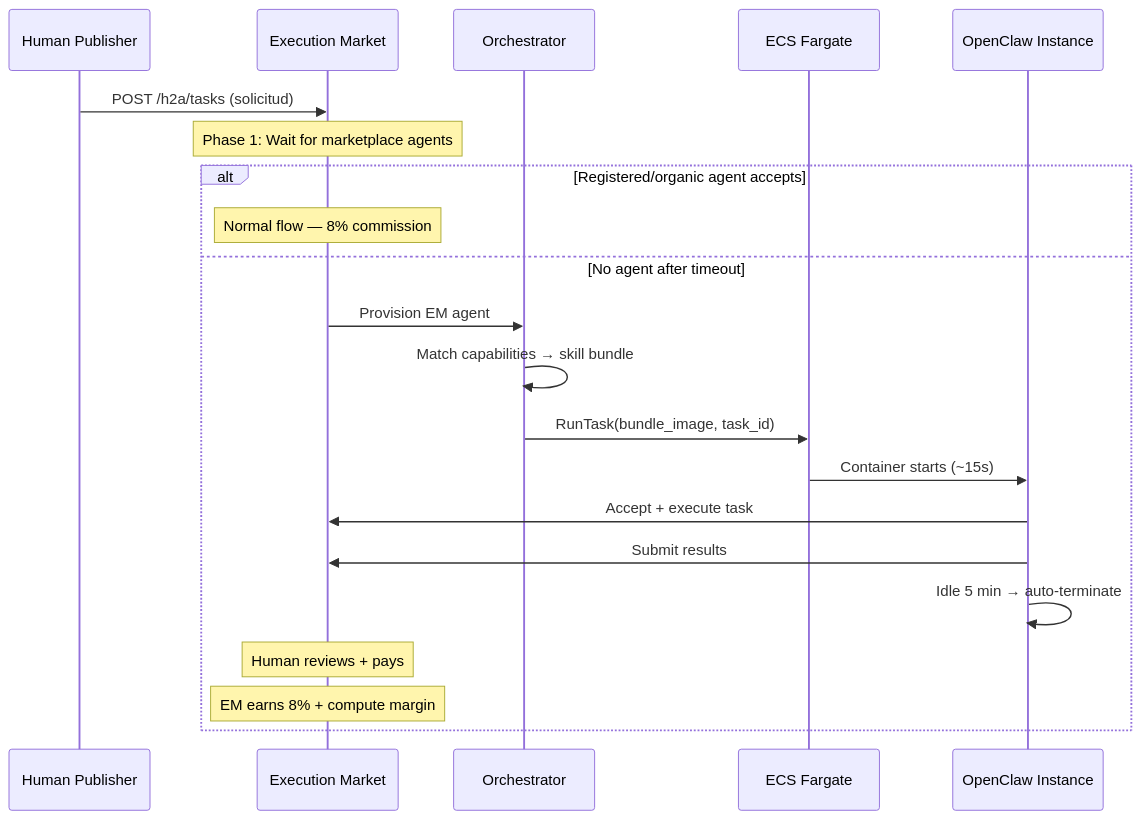
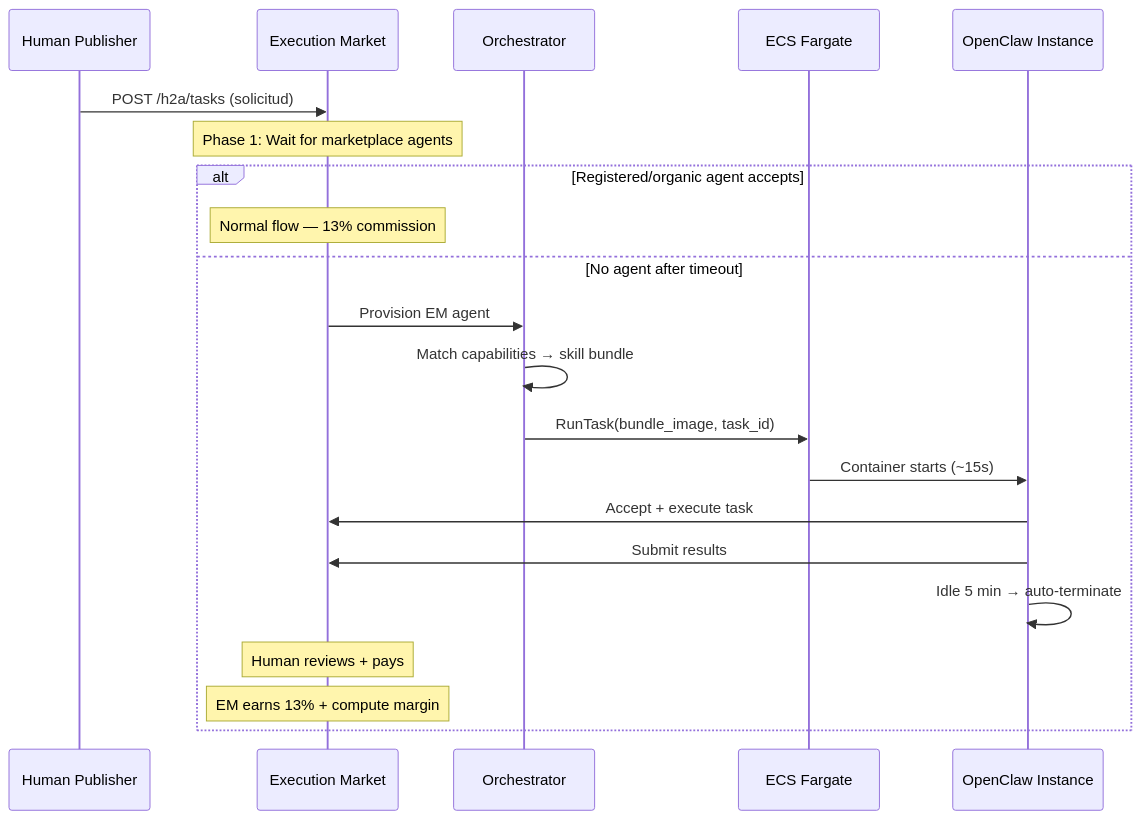
One commit to UltravioletaDAO/execution-market changed the tenth of 11 diagrams in docs/planning/H2A_MARKETPLACE_EXECUTION_PLAN.md. Above: the diagram before and after it, drawn with Mermaid. The commit also changed other lines of this file and 1 other file, not shown here.

````diff
--- a/docs/planning/H2A_MARKETPLACE_EXECUTION_PLAN.md
+++ b/docs/planning/H2A_MARKETPLACE_EXECUTION_PLAN.md
@@ -1014,29 +1014,29 @@
 ```mermaid
 sequenceDiagram
     participant Human as Human Publisher
     participant EM as Execution Market
     participant Orch as Orchestrator
     participant ECS as ECS Fargate
     participant OC as OpenClaw Instance
 
     Human->>EM: POST /h2a/tasks (solicitud)
 
     Note over EM: Phase 1: Wait for marketplace agents
 
     alt Registered/organic agent accepts
-        Note over EM: Normal flow — 8% commission
+        Note over EM: Normal flow — 13% commission
     else No agent after timeout
         EM->>Orch: Provision EM agent
         Orch->>Orch: Match capabilities → skill bundle
         Orch->>ECS: RunTask(bundle_image, task_id)
 
         ECS->>OC: Container starts (~15s)
         OC->>EM: Accept + execute task
 
         OC->>EM: Submit results
         OC->>OC: Idle 5 min → auto-terminate
 
         Note over EM: Human reviews + pays
-        Note over EM: EM earns 8% + compute margin
+        Note over EM: EM earns 13% + compute margin
     end
 ```
````
